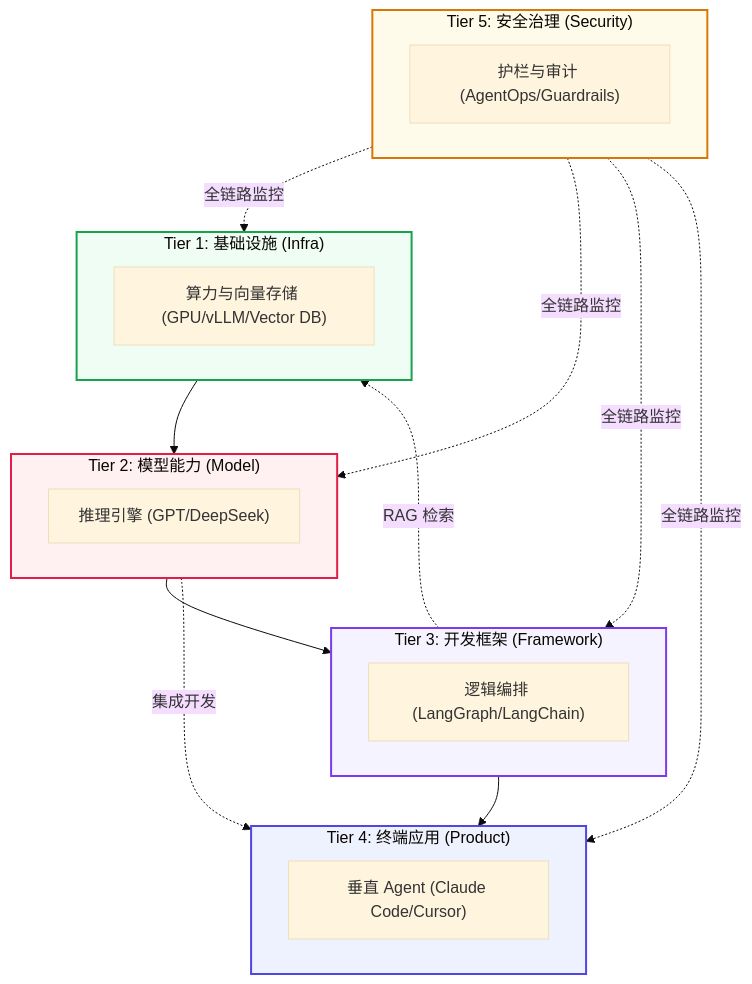
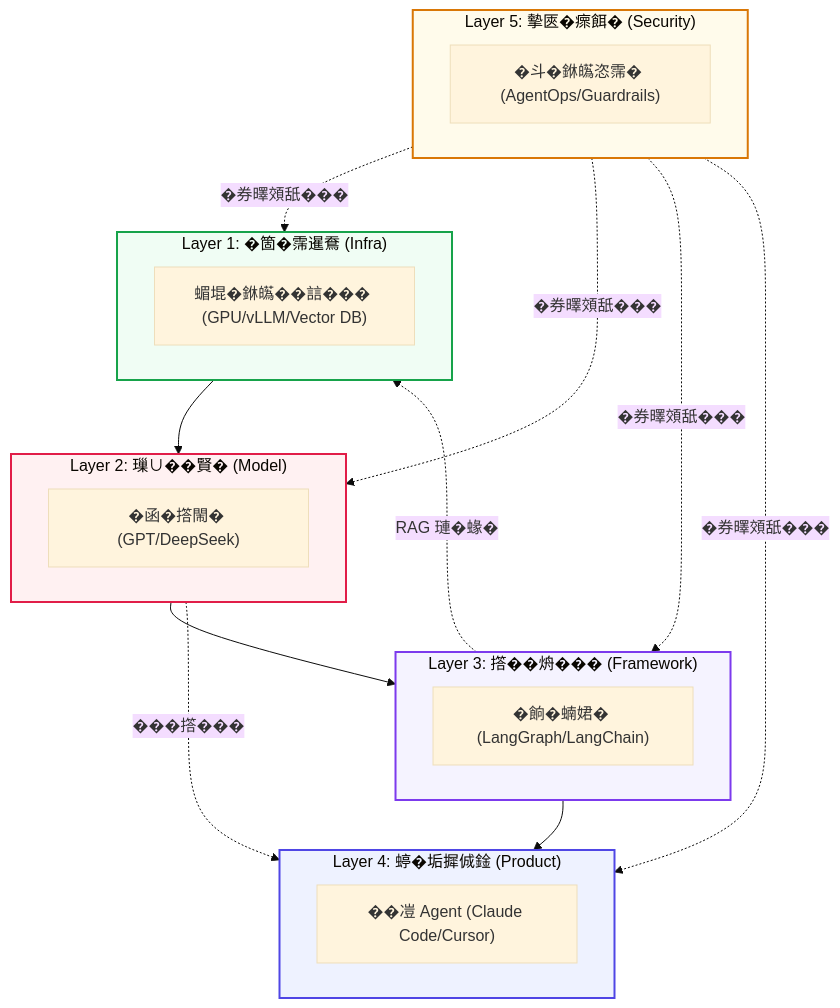
The second of 16 diagrams in doc/AI_Knowledge_Roadmap.md (wangchong2023/lang-chain-graph), drawn with Mermaid (base theme) before and after one commit. The commit also changed other lines of this file, not shown here.

Commit message:
docs: update AI knowledge roadmap with new learning milestones

````diff
--- a/doc/AI_Knowledge_Roadmap.md
+++ b/doc/AI_Knowledge_Roadmap.md
@@ -83,39 +83,39 @@
 ```mermaid
 graph TD
-    subgraph P ["Tier 4: 终端应用 (Product)"]
-        App["垂直 Agent (Claude Code/Cursor)"]
+    subgraph P ["Layer 4: 蝏�垢摨𠉛鍂 (Product)"]
+        App["��凒 Agent (Claude Code/Cursor)"]
     end
 
-    subgraph F ["Tier 3: 开发框架 (Framework)"]
-        Framework["逻辑编排 (LangGraph/LangChain)"]
+    subgraph F ["Layer 3: 撘��烐��� (Framework)"]
+        Framework["�餉�蝻𡝗� (LangGraph/LangChain)"]
     end
 
-    subgraph M ["Tier 2: 模型能力 (Model)"]
-        Model["推理引擎 (GPT/DeepSeek)"]
+    subgraph M ["Layer 2: 璅∪��賢� (Model)"]
+        Model["�函�撘閙� (GPT/DeepSeek)"]
     end
 
-    subgraph I ["Tier 1: 基础设施 (Infra)"]
-        Infra["算力与向量存储 (GPU/vLLM/Vector DB)"]
+    subgraph I ["Layer 1: �箇�霈暹鴌 (Infra)"]
+        Infra["蝞堒�銝𤾸��誩��� (GPU/vLLM/Vector DB)"]
     end
 
-    subgraph G ["Tier 5: 安全治理 (Security)"]
-        Gov["护栏与审计 (AgentOps/Guardrails)"]
+    subgraph G ["Layer 5: 摰匧�瘝餌� (Security)"]
+        Gov["�斗�銝𤾸恣霈� (AgentOps/Guardrails)"]
     end
 
-    %% 纵向依赖关系
+    %% 蝥萄�靘肽��喟頂
     I --> M
     M --> F
     F --> P
     
-    %% 交互细节
-    F -. "RAG 检索" .-> I
-    M -. "集成开发" .-> P
-    G -. "全链路监控" .-> I & M & F & P
+    %% 鈭支�蝏��
+    F -. "RAG 璉�蝝�" .-> I
+    M -. "���撘���" .-> P
+    G -. "�券曎頝舐���" .-> I & M & F & P
 
-    %% 样式美化
+    %% �瑕�蝢𤾸�
     style P fill:#eef2ff,stroke:#4f46e5,stroke-width:2px
     style F fill:#f5f3ff,stroke:#7c3aed,stroke-width:2px
     style M fill:#fff1f2,stroke:#e11d48,stroke-width:2px
     style I fill:#f0fdf4,stroke:#16a34a,stroke-width:2px
     style G fill:#fffbeb,stroke:#d97706,stroke-width:2px
 ```
````
